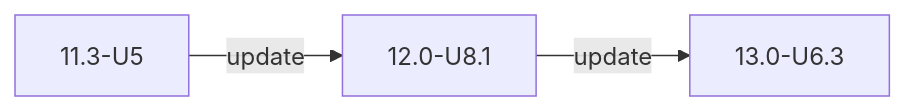
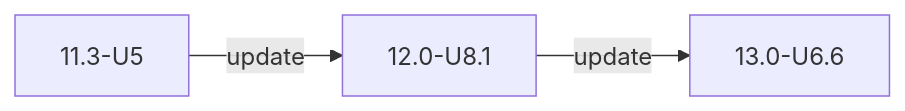
Before and after one commit to truenas/documentation: the second of 2 diagrams in static/includes/COREUpgradePaths.md, drawn with Mermaid. The commit also changed other lines of this file and 2 other files, not shown here.

Commit message:
Add 13.0-U6.6 to 13.3 branch data files

```diff
--- a/static/includes/COREUpgradePaths.md
+++ b/static/includes/COREUpgradePaths.md
@@ -21,5 +21,5 @@
       {{< mermaid class="mermaid_sizing" >}}
       flowchart LR
       A["11.3-U5"] -->|update| B["12.0-U8.1"]
-      B -->|update| C["13.0-U6.3"]
+      B -->|update| C["13.0-U6.6"]
       {{< /mermaid >}}
```
